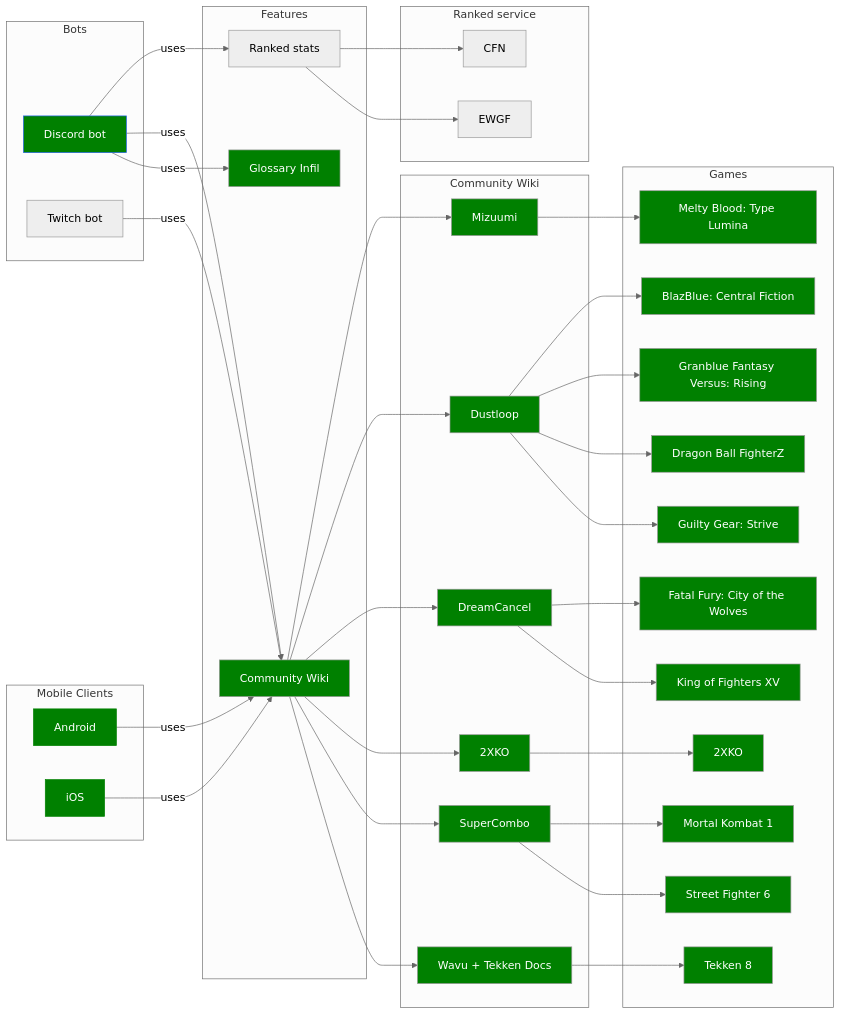
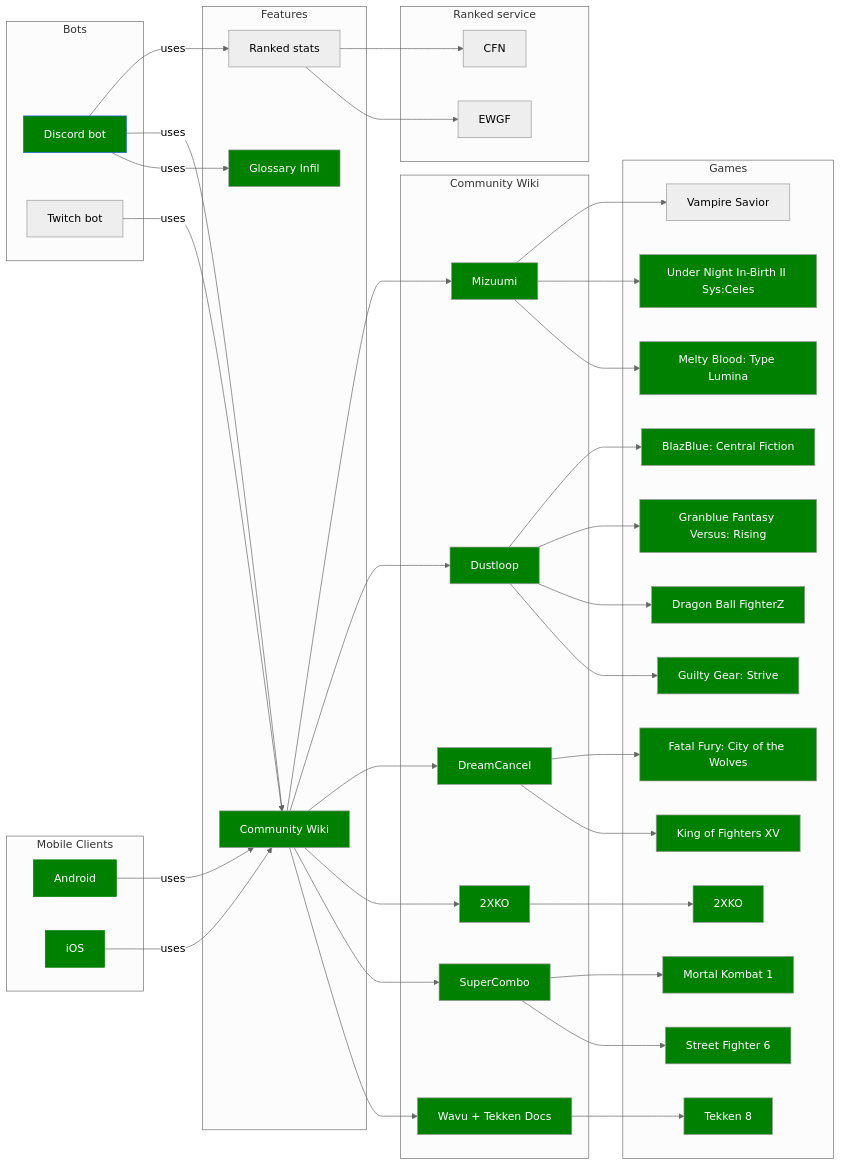
Before and after one commit to Sophon/FightingNerd: the diagram in mermaid/modules.mmd, drawn with Mermaid (neutral theme). The commit also changed 36 other files, not shown here.

```diff
--- a/mermaid/modules.mmd
+++ b/mermaid/modules.mmd
@@ -1,101 +1,106 @@
 graph LR
     classDef green fill:green,color:#000
     classDef grey fill:lightgrey,color:#000
 
     subgraph Bots
         discordBot[Discord bot]
         twitchBot[Twitch bot]
     end
 
     subgraph "Mobile Clients"
         android[Android]
         iOS[iOS]
     end
 
     subgraph Features
         glossaryInfil[Glossary Infil]
         communityWiki[Community Wiki]
         elo[Ranked stats]
     end
 
     subgraph Community Wiki
         wikiWavu[Wavu + Tekken Docs]
         supercombo[SuperCombo]
         2xko[2XKO]
         dustloop[Dustloop]
         dreamcancel[DreamCancel]
         mizuumi[Mizuumi]
     end
 
     subgraph Games
         t8[Tekken 8]
         sf6[Street Fighter 6]
         mk1[Mortal Kombat 1]
         ggst[Guilty Gear: Strive]
         dbfz[Dragon Ball FighterZ]
         gbvsr[Granblue Fantasy Versus: Rising]
         kof15[King of Fighters XV]
         cotw[Fatal Fury: City of the Wolves]
         xko[2XKO]
         melty[Melty Blood: Type Lumina]
         bbcf[BlazBlue: Central Fiction]
+        uni2[Under Night In-Birth II Sys:Celes]
+        vsav[Vampire Savior]
     end
 
     subgraph Ranked service
         ewgf[EWGF]
         cfn[CFN]
     end
 
     android -->|uses| communityWiki
     iOS -->|uses| communityWiki
 
     discordBot -->|uses| glossaryInfil
     discordBot -->|uses| communityWiki
     discordBot -->|uses| elo
     twitchBot -->|uses| communityWiki
 
     communityWiki --> wikiWavu
     communityWiki --> supercombo
     communityWiki --> 2xko
     communityWiki --> dreamcancel
     communityWiki --> dustloop
     communityWiki --> mizuumi
 
     elo --> ewgf
     elo --> cfn
 
     wikiWavu --> t8
     supercombo --> sf6
     supercombo --> mk1
     dustloop --> ggst
     dustloop --> dbfz
     dustloop --> gbvsr
     dustloop --> bbcf
     2xko --> xko
     dreamcancel --> kof15
     dreamcancel --> cotw
     mizuumi --> melty
+    mizuumi --> uni2
+    mizuumi --> vsav
 
 
     style discordBot fill:green,stroke:#2563EB, color:#fff
     style android fill:green,stroke:green, color:#fff
     style iOS fill:green,stroke:green, color:#fff
     style glossaryInfil fill:green, color:#fff
     style communityWiki fill:green, color:#fff
     style wikiWavu fill:green, color:#fff
     style supercombo fill:green, color:#fff
     style dreamcancel fill:green, color:#fff
     style dustloop fill:green, color:#fff
     style mizuumi fill:green, color:#fff
     style 2xko fill:green, color:#fff
     style t8 fill:green, color:#fff
     style sf6 fill:green, color:#fff
     style xko fill:green, color:#fff
     style kof15 fill:green, color:#fff
     style cotw fill:green, color:#fff
     style ggst fill:green, color:#fff
     style mk1 fill:green, color:#fff
     style dbfz fill:green, color:#fff
     style gbvsr fill:green, color:#fff
     style melty fill:green, color:#fff
     style bbcf fill:green, color:#fff
+    style uni2 fill:green, color:#fff
```
